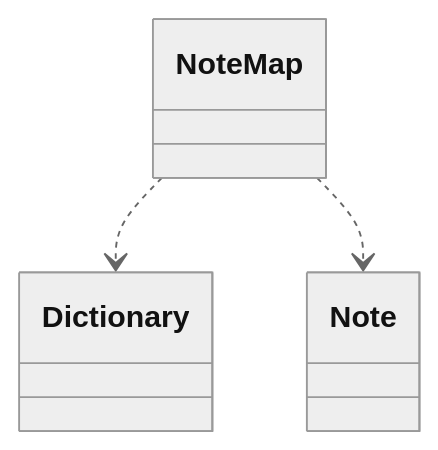
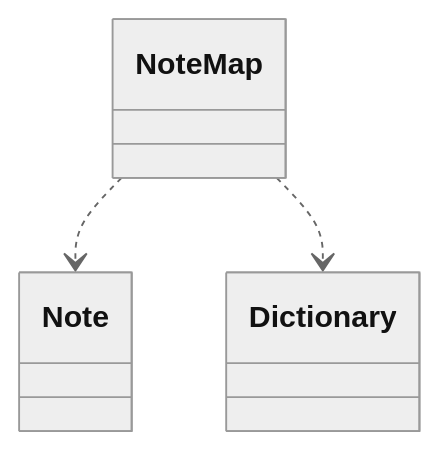
Before and after one commit to schnock-art/project_inspector: diagram 20 of 31 in test/test.md, drawn with Mermaid (neutral theme). The commit also changed other lines of this file and 1 other file, not shown here.

````diff
--- a/test/test.md
+++ b/test/test.md
@@ -486,5 +536,5 @@
 ```mermaid
 classDiagram
+NoteMap ..> Note
 NoteMap ..> Dictionary
-NoteMap ..> Note
 ```
````
